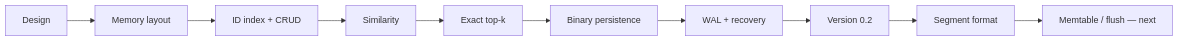
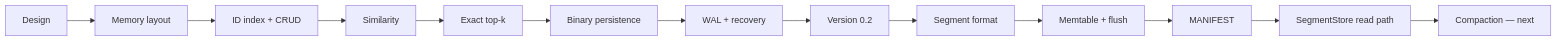
Before and after one commit to Kumario1/vectorDB: the first of 6 diagrams in README.md, drawn with Mermaid. The commit also changed other lines of this file, not shown here.

First line of the commit message:
docs: refresh README for Milestone 7 through SegmentStore

````diff
--- a/README.md
+++ b/README.md
@@ -11,12 +11,15 @@
 ```mermaid
 flowchart LR
   D[Design] --> L[Memory layout]
   L --> I[ID index + CRUD]
   I --> S[Similarity]
   S --> K[Exact top-k]
   K --> P[Binary persistence]
   P --> W[WAL + recovery]
   W --> V02[Version 0.2]
   V02 --> SegFmt[Segment format]
-  SegFmt --> Mem[Memtable / flush — next]
+  SegFmt --> Mem[Memtable + flush]
+  Mem --> Man[MANIFEST]
+  Man --> Read[SegmentStore read path]
+  Read --> Comp[Compaction — next]
 ```
````
